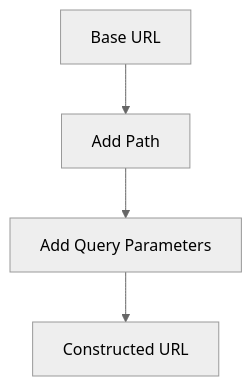
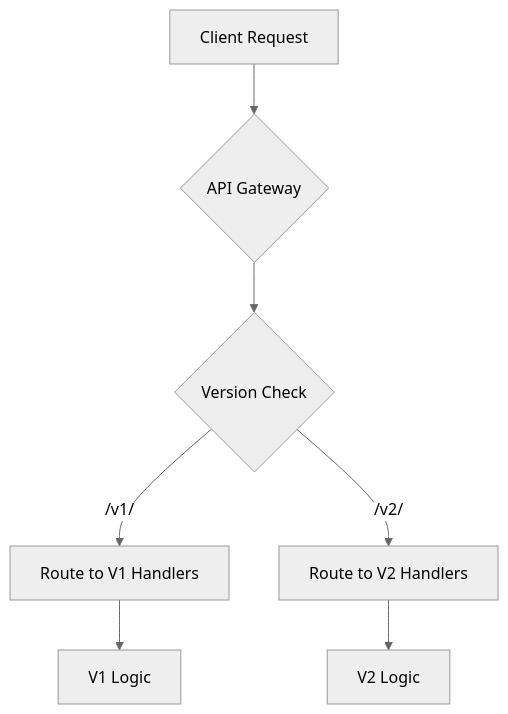
The eighth of 8 diagrams in README.md (devbh04/testing), drawn with Mermaid (neutral theme) before and after one commit. The commit also changed other lines of this file, not shown here.

````diff
--- a/README.md
+++ b/README.md
@@ -2330,6 +1212,9 @@
 ```mermaid
 flowchart TD
-    A["Base URL"] --> B["Add Path"]
-    B --> C["Add Query Parameters"]
-    C --> D["Constructed URL"]
+    A["Client Request"] --> B{API Gateway}
+    B --> C{Version Check}
+    C -- "/v1/" --> D["Route to V1 Handlers"]
+    C -- "/v2/" --> E["Route to V2 Handlers"]
+    D --> F["V1 Logic"]
+    E --> G["V2 Logic"]
 ```
````
